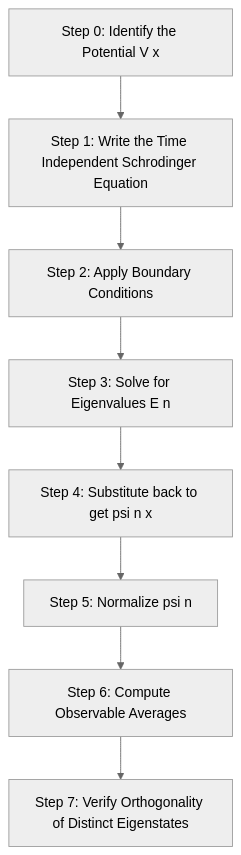
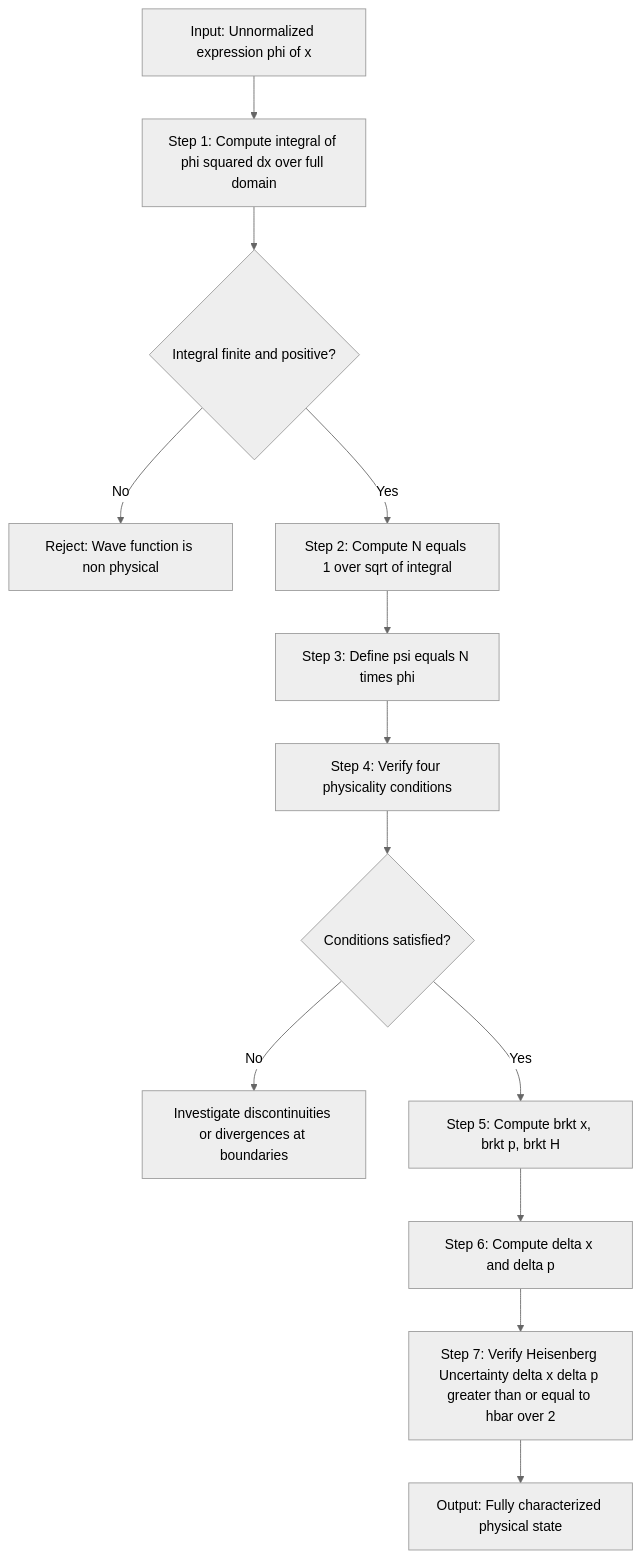
One commit to vishnuu-kr/ktunode changed the third of 3 diagrams in public/notes/computer-science-and-engineering/semester-1/gapht121-physics-for-information-science/02-module-2-quantum-mechanics/wave-function-properties-physical-interpretation/notes.md. Above: the diagram before and after it, drawn with Mermaid (neutral theme). The commit also changed other lines of this file and 4829 other files, not shown here.

````diff
--- a/public/notes/computer-science-and-engineering/semester-1/gapht121-physics-for-information-science/02-module-2-quantum-mechanics/wave-function-properties-physical-interpretation/notes.md
+++ b/public/notes/computer-science-and-engineering/semester-1/gapht121-physics-for-information-science/02-module-2-quantum-mechanics/wave-function-properties-physical-interpretation/notes.md
@@ -317,11 +479,15 @@
 ```mermaid
 flowchart TD
-    P0[Step 0: Identify the Potential V x]
-    P0 --> P1[Step 1: Write the Time Independent Schrodinger Equation]
-    P1 --> P2[Step 2: Apply Boundary Conditions]
-    P2 --> P3[Step 3: Solve for Eigenvalues E n]
-    P3 --> P4[Step 4: Substitute back to get psi n x]
-    P4 --> P5[Step 5: Normalize psi n]
-    P5 --> P6[Step 6: Compute Observable Averages]
-    P6 --> P7[Step 7: Verify Orthogonality of Distinct Eigenstates]
+    S0[Input: Unnormalized expression phi of x] --> S1[Step 1: Compute integral of phi squared dx over full domain]
+    S1 --> S2{Integral finite and positive?}
+    S2 -- No --> S3[Reject: Wave function is non physical]
+    S2 -- Yes --> S4[Step 2: Compute N equals 1 over sqrt of integral]
+    S4 --> S5[Step 3: Define psi equals N times phi]
+    S5 --> S6[Step 4: Verify four physicality conditions]
+    S6 --> S7{Conditions satisfied?}
+    S7 -- No --> S8[Investigate discontinuities or divergences at boundaries]
+    S7 -- Yes --> S9[Step 5: Compute brkt x, brkt p, brkt H]
+    S9 --> S10[Step 6: Compute delta x and delta p]
+    S10 --> S11[Step 7: Verify Heisenberg Uncertainty delta x delta p greater than or equal to hbar over 2]
+    S11 --> S12[Output: Fully characterized physical state]
 ```
````
